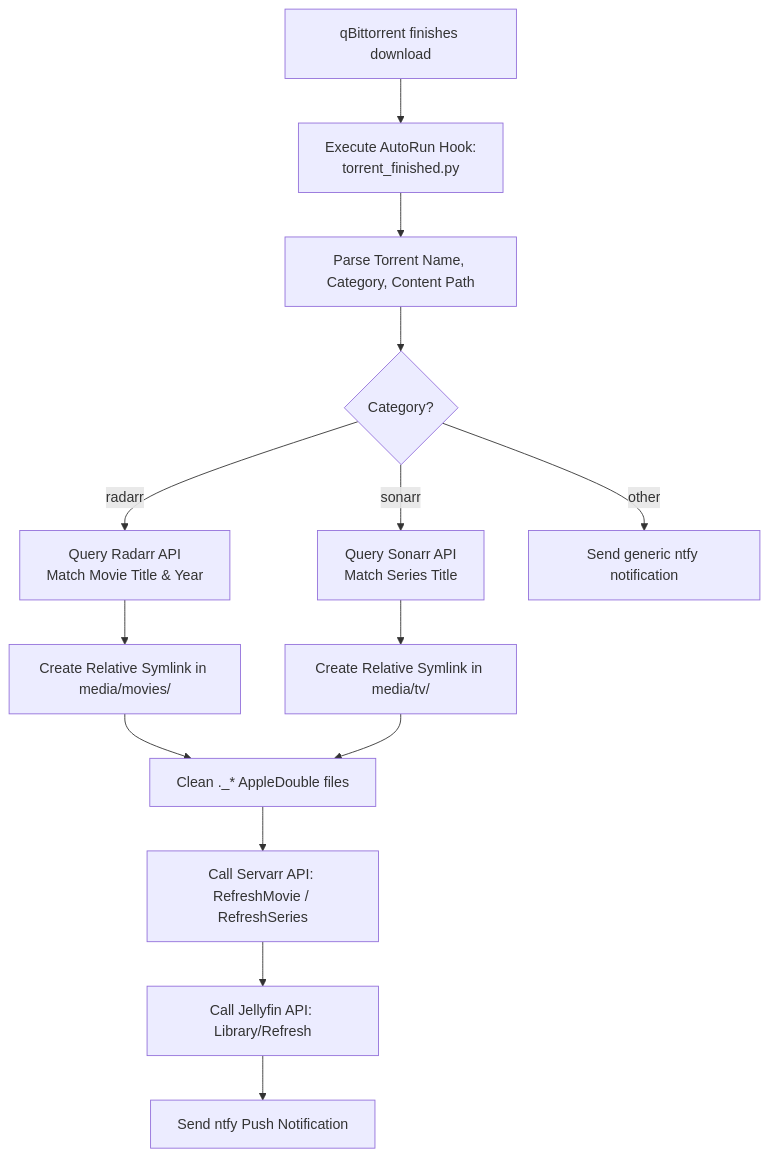
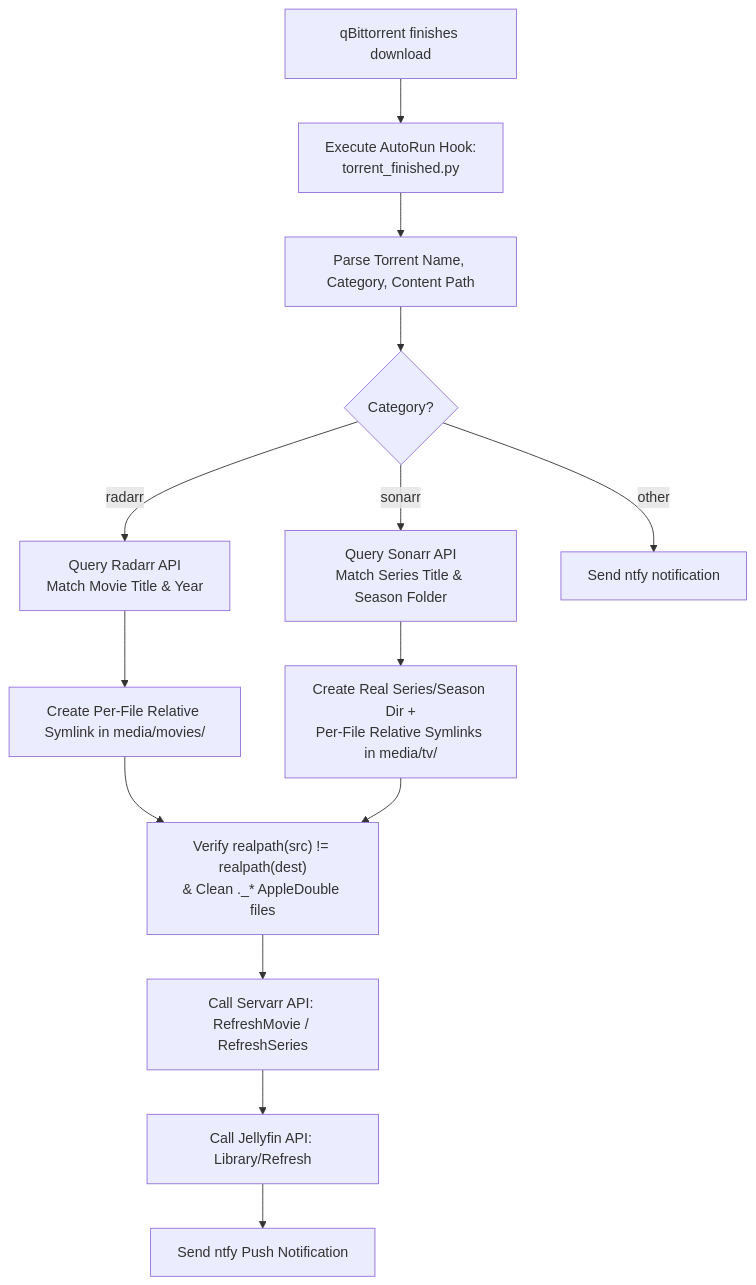
One commit to varungupta3009/Sol changed the diagram in docs/STORAGE_RESTRUCTURING_AND_VERIFICATION_HISTORY.md. Above: the diagram before and after it, drawn with Mermaid. The commit also changed other lines of this file and 42 other files, not shown here.

````diff
--- a/docs/STORAGE_RESTRUCTURING_AND_VERIFICATION_HISTORY.md
+++ b/docs/STORAGE_RESTRUCTURING_AND_VERIFICATION_HISTORY.md
@@ -135,16 +130,16 @@
 ```mermaid
 flowchart TD
     A["qBittorrent finishes download"] --> B["Execute AutoRun Hook:<br/>torrent_finished.py"]
     B --> C["Parse Torrent Name, Category, Content Path"]
     C --> D{"Category?"}
     D -- "radarr" --> E["Query Radarr API<br/>Match Movie Title & Year"]
-    D -- "sonarr" --> F["Query Sonarr API<br/>Match Series Title"]
-    D -- "other" --> G["Send generic ntfy notification"]
-    E --> H["Create Relative Symlink in media/movies/"]
-    F --> I["Create Relative Symlink in media/tv/"]
-    H --> J["Clean ._* AppleDouble files"]
+    D -- "sonarr" --> F["Query Sonarr API<br/>Match Series Title & Season Folder"]
+    D -- "other" --> G["Send ntfy notification"]
+    E --> H["Create Per-File Relative Symlink in media/movies/"]
+    F --> I["Create Real Series/Season Dir +<br/>Per-File Relative Symlinks in media/tv/"]
+    H --> J["Verify realpath(src) != realpath(dest)<br/>& Clean ._* AppleDouble files"]
     I --> J
     J --> K["Call Servarr API: RefreshMovie / RefreshSeries"]
     K --> L["Call Jellyfin API: Library/Refresh"]
     L --> M["Send ntfy Push Notification"]
 ```
````
